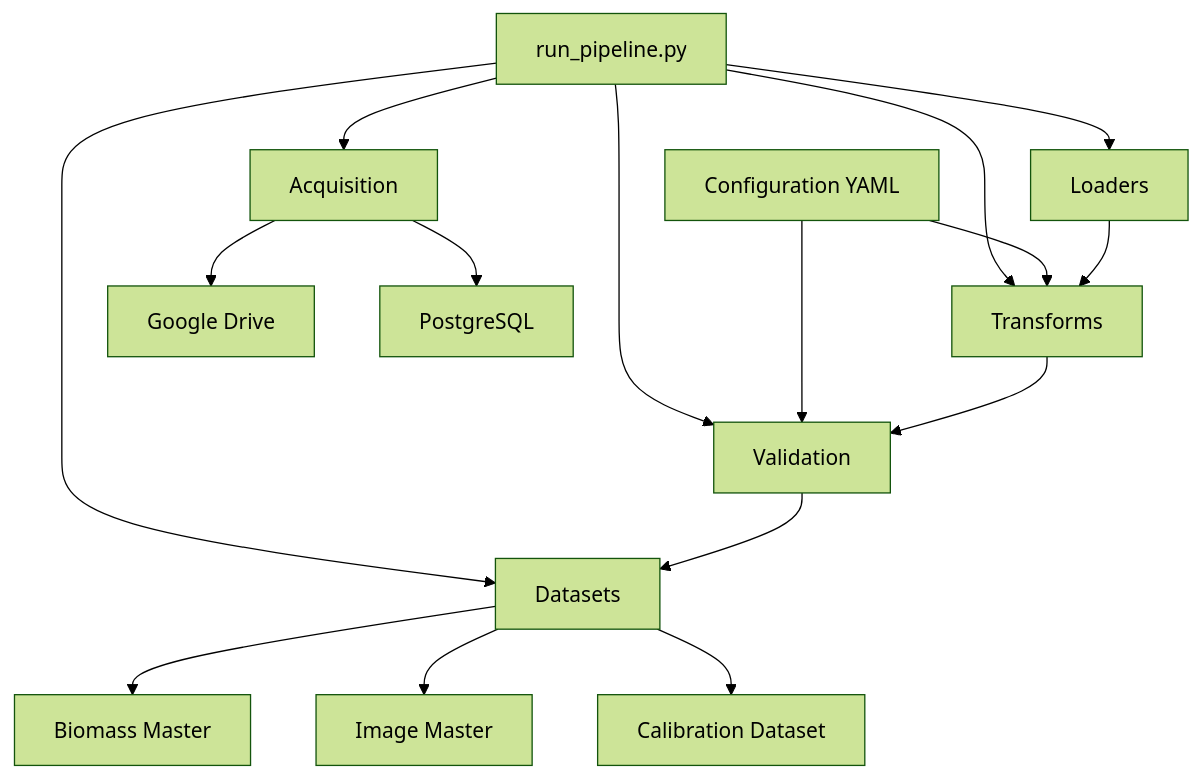
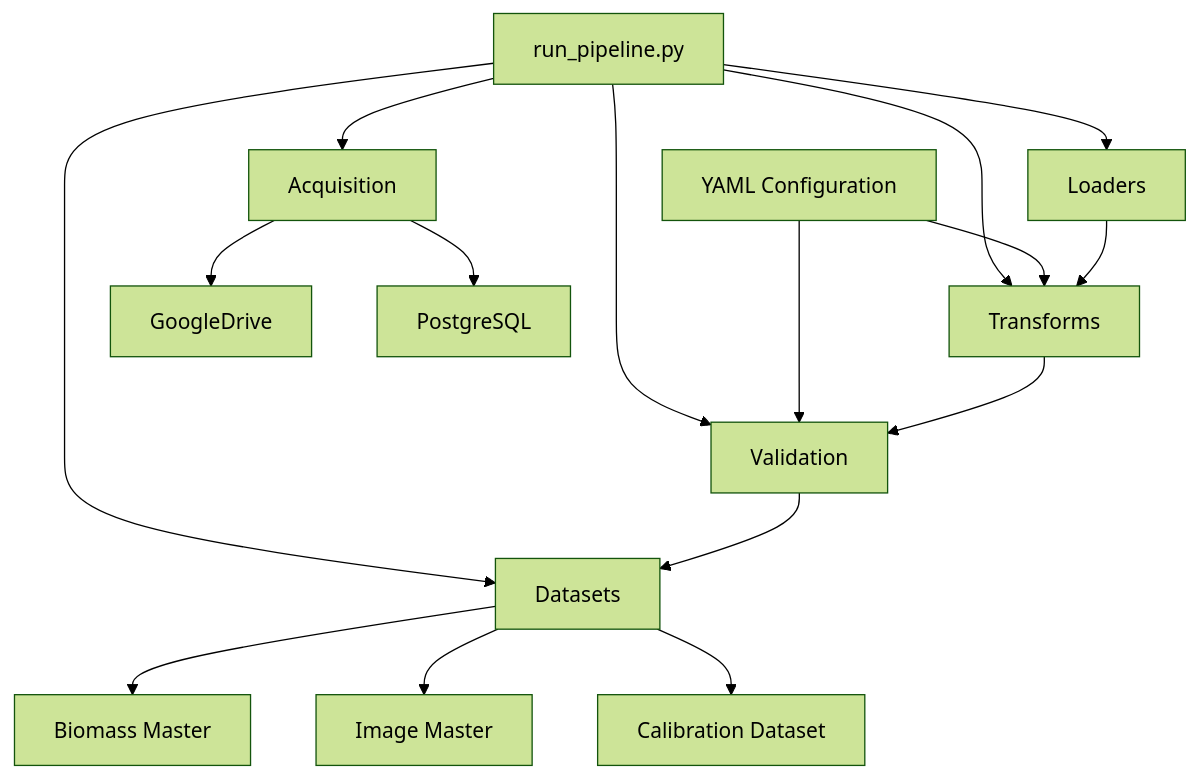
The second of 2 diagrams in README.md (marialauracangiano/pm3d-training-data-compiler), drawn with Mermaid (forest theme) before and after one commit. The commit also changed other lines of this file, not shown here.

````diff
--- a/README.md
+++ b/README.md
@@ -820,27 +59,27 @@
 ```mermaid
-flowchart TD
+graph TB;
 
-CFG[Configuration YAML]
+Config["YAML Configuration"];
 
-RUN[run_pipeline.py]
+Run["run_pipeline.py"];
 
-RUN --> ACQ[Acquisition]
-RUN --> LOAD[Loaders]
-RUN --> TRANS[Transforms]
-RUN --> VALID[Validation]
-RUN --> DATA[Datasets]
+Run --> Acquisition;
+Run --> Loaders;
+Run --> Transforms;
+Run --> Validation;
+Run --> Datasets;
 
-CFG --> TRANS
-CFG --> VALID
+Config --> Transforms;
+Config --> Validation;
 
-ACQ --> DRIVE[Google Drive]
-ACQ --> DB[PostgreSQL]
+Acquisition --> GoogleDrive;
+Acquisition --> PostgreSQL;
 
-LOAD --> TRANS
-TRANS --> VALID
-VALID --> DATA
+Loaders --> Transforms;
+Transforms --> Validation;
+Validation --> Datasets;
 
-DATA --> BM[Biomass Master]
-DATA --> IM[Image Master]
-DATA --> CAL[Calibration Dataset]
+Datasets --> BiomassMaster["Biomass Master"];
+Datasets --> ImageMaster["Image Master"];
+Datasets --> CalibrationDataset["Calibration Dataset"];
 ```
````
